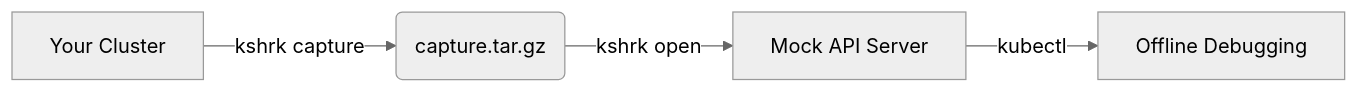
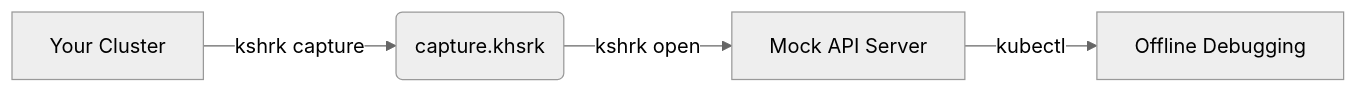
Before and after one commit to phenixblue/k8shark: the diagram in README.md, drawn with Mermaid (neutral theme). The commit also changed other lines of this file and 18 other files, not shown here.

First line of the commit message:
docs: correct capture format references (tar.gz → .khsrk, ZIP+Zstd) (#105)

````diff
--- a/README.md
+++ b/README.md
@@ -21,6 +21,6 @@
 ```mermaid
 flowchart LR
-    A[Your Cluster] -->|kshrk capture| B(capture.tar.gz)
+    A[Your Cluster] -->|kshrk capture| B(capture.khsrk)
     B -->|kshrk open| C[Mock API Server]
     C -->|kubectl| D[Offline Debugging]
 ```
````
